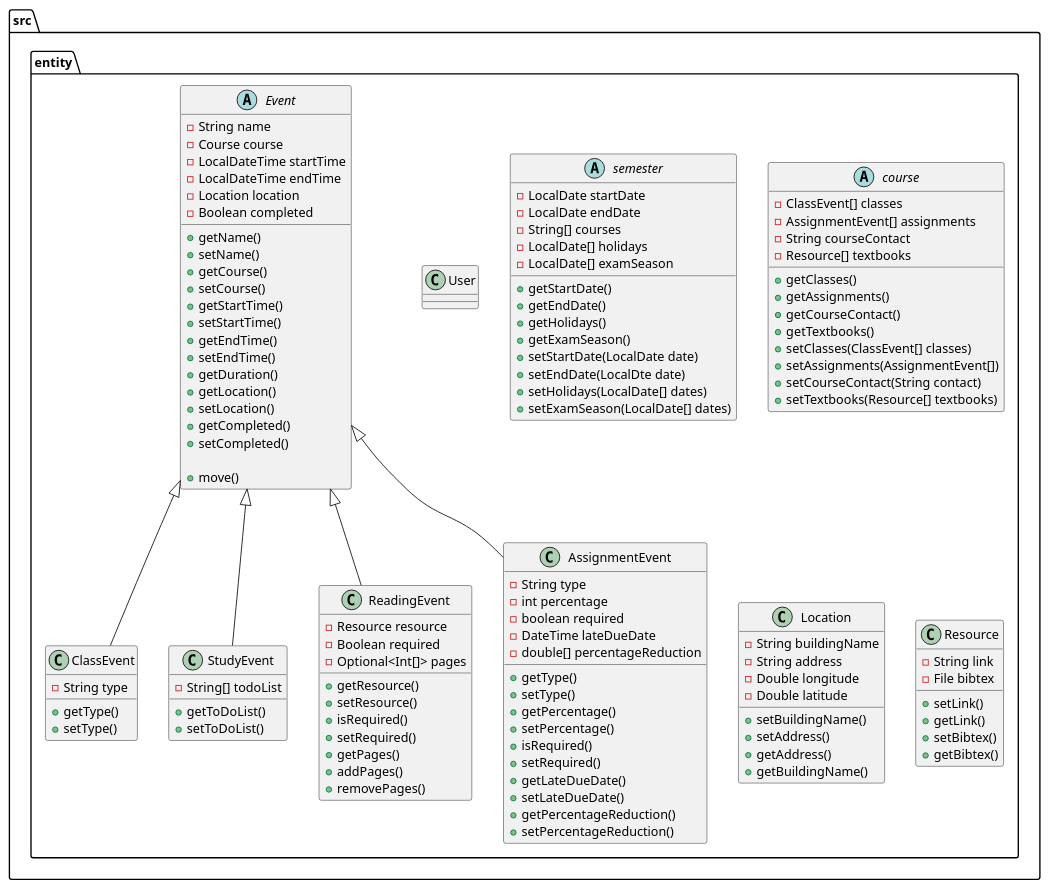
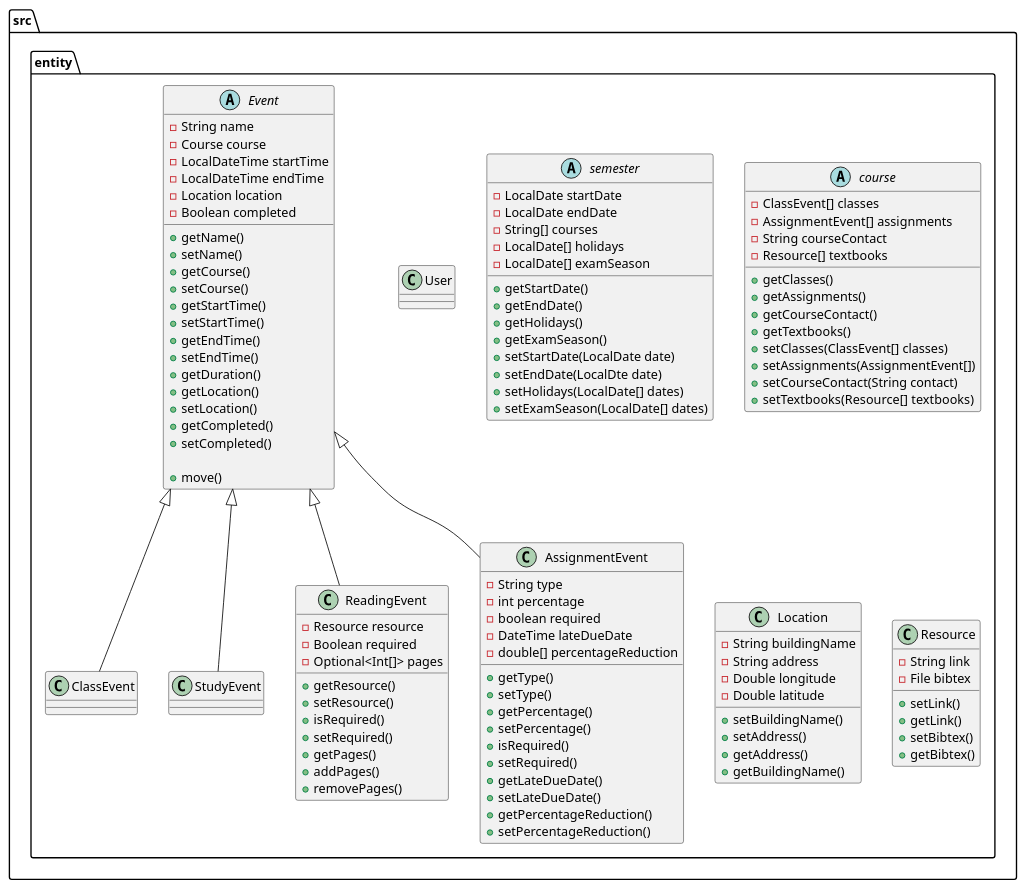
The diagram in DESIGN.puml (Rafiah-n/AcademiCal), drawn with PlantUML before and after one commit.

Commit message:
Modified AssignmentEvent

```diff
--- a/DESIGN.puml
+++ b/DESIGN.puml
@@ -1,143 +1,135 @@
 @startuml
 
 folder src {
 
     folder entity {
 
         abstract Event {
             -String name
             -Course course
             -LocalDateTime startTime
             -LocalDateTime endTime
             -Location location
             -Boolean completed
 
             +getName()
             +setName()
             +getCourse()
             +setCourse()
             +getStartTime()
             +setStartTime()
             +getEndTime()
             +setEndTime()
             +getDuration()
             +getLocation()
             +setLocation()
             +getCompleted()
             +setCompleted()
 
             +move()  /' Moves start and end times in unison '/
         }
 
         class ClassEvent extends Event {
-            - String type
-
-            + getType()
-            + setType()
         }
 
         class StudyEvent extends Event {
-            - String[] todoList
-
-            +getToDoList()
-            +setToDoList()
         }
 
         class ReadingEvent extends Event {
             -Resource resource
             -Boolean required
             -Optional<Int[]> pages
 
             +getResource()
             +setResource()
             +isRequired()
             +setRequired()
             +getPages()
             +addPages()
             +removePages()
         }
 
         class AssignmentEvent extends Event {
             - String type
             - int percentage
             - boolean required
             - DateTime lateDueDate
             - double[] percentageReduction
 
             + getType()
             + setType()
             + getPercentage()
             + setPercentage()
             + isRequired()
             + setRequired()
             + getLateDueDate()
             + setLateDueDate()
             + getPercentageReduction()
             + setPercentageReduction()
         }
 
         class User {
             ' Unimplemented for now
         }
 
         abstract semester{
          - LocalDate startDate
          - LocalDate endDate
          - String[] courses
          - LocalDate[] holidays
          - LocalDate[] examSeason
 
          + getStartDate()
          + getEndDate()
          + getHolidays()
          + getExamSeason()
          + setStartDate(LocalDate date)
          + setEndDate(LocalDte date)
          + setHolidays(LocalDate[] dates)
          + setExamSeason(LocalDate[] dates)
         }
 
         abstract course {
         - ClassEvent[] classes
         - AssignmentEvent[] assignments
         - String courseContact
         - Resource[] textbooks
 
         + getClasses()
         + getAssignments()
         + getCourseContact()
         + getTextbooks()
         + setClasses(ClassEvent[] classes)
         + setAssignments(AssignmentEvent[])
         + setCourseContact(String contact)
         + setTextbooks(Resource[] textbooks)
         }
 
     class Location{
         -String buildingName
         -String address
         -Double longitude
         -Double latitude
 
         + setBuildingName()
         + setAddress()
         + getAddress()
         + getBuildingName()
     }
 
     class Resource{
         -String link
         -File bibtex
 
         + setLink()
         + getLink()
         + setBibtex()
         + getBibtex()
     }
 
     }  /' folder entity '/
 
 
 }  /' folder src '/
 
 @enduml
```
